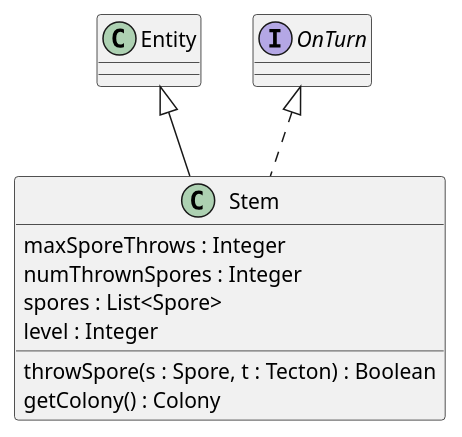
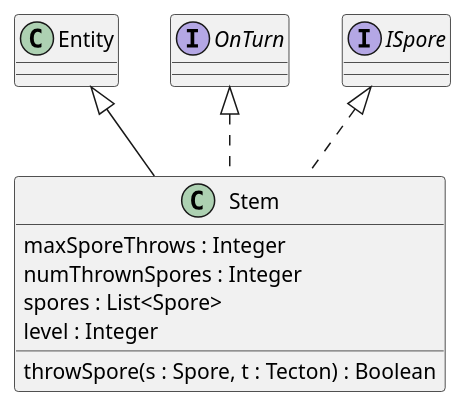
The diagram in 4/classes/stem.puml (Petya-G/fungorium), drawn with PlantUML before and after one commit. The commit also changed 5 other files, not shown here.

```diff
--- a/4/classes/stem.puml
+++ b/4/classes/stem.puml
@@ -1,12 +1,11 @@
 @startuml stem
 
-class Stem extends Entity implements OnTurn{
+class Stem extends Entity implements OnTurn, ISpore{
     maxSporeThrows : Integer
     numThrownSpores : Integer
     spores : List<Spore>
     level : Integer
     throwSpore(s : Spore, t : Tecton) : Boolean
-    getColony() : Colony
 }
 
 @enduml
```
